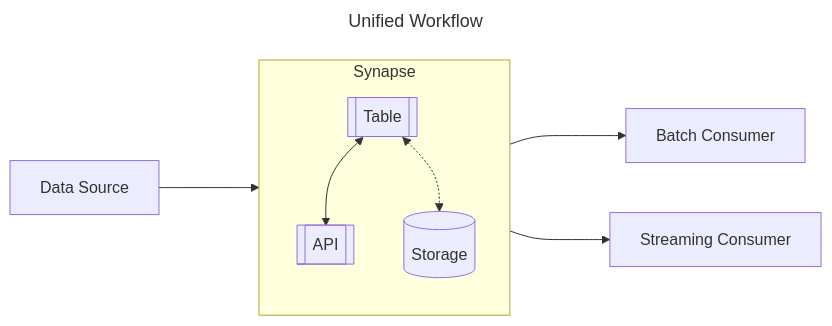
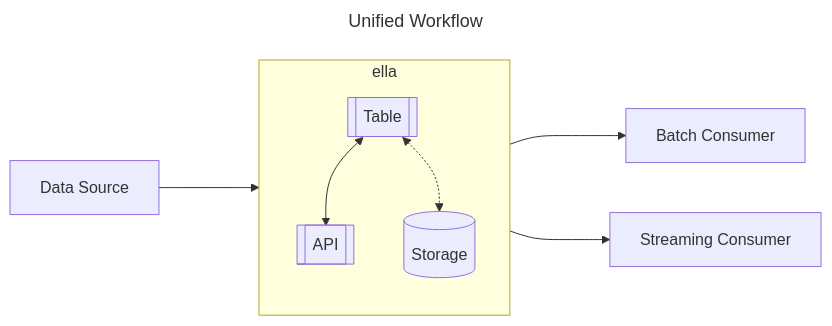
Before and after one commit to CerebusOSS/ella: the second of 2 diagrams in README.md, drawn with Mermaid. The commit also changed other lines of this file and 208 other files, not shown here.

Commit message:
Began rename from synapse to ella.

````diff
--- a/README.md
+++ b/README.md
@@ -47,22 +47,22 @@
 ```mermaid
 ---
 title: Unified Workflow
 ---
 flowchart LR
     pub1[Data Source]
     sub1[Streaming Consumer]
     sub2[Batch Consumer]
 
-    subgraph synapse[Synapse]
+    subgraph ella[ella]
         direction TB
         table1[[Table]]
         store[(Storage)]
         api[[API]]
     end
 
     pub1 ---> api
     table1 <--> api
     table1 <-.-> store
     api ---> sub2
     api ---> sub1
 ```
````
